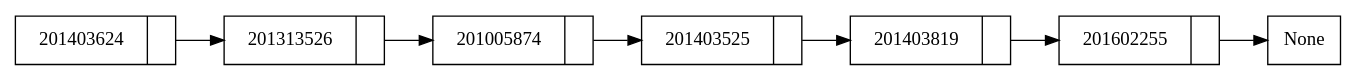
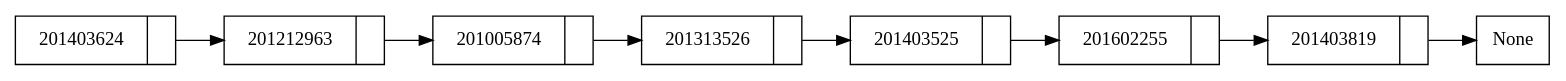
The diagram in Vista/Pre-Order.gv (jmansilla-2014056/EDD_P3_Blockchain-Simulador-Client), drawn with Graphviz before and after one commit. The commit also changed 11 other files, not shown here.

```diff
--- a/Vista/Pre-Order.gv
+++ b/Vista/Pre-Order.gv
@@ -1,16 +1,18 @@
 digraph structs {
 	node [shape=record]
 	rankdir=LR
-	<Modelos.LinkedList.node object at 0x03B4ADF0> [label="{201403624|}"]
-	<Modelos.LinkedList.node object at 0x03B540D0> [label="{201313526|}"]
-	<Modelos.LinkedList.node object at 0x03B5D350> [label="{201005874|}"]
-	<Modelos.LinkedList.node object at 0x03B5D370> [label="{201403525|}"]
-	<Modelos.LinkedList.node object at 0x03B5D3B0> [label="{201403819|}"]
-	<Modelos.LinkedList.node object at 0x03B5D410> [label="{201602255|}"]
-	<Modelos.LinkedList.node object at 0x03B4ADF0> -> <Modelos.LinkedList.node object at 0x03B540D0>
-	<Modelos.LinkedList.node object at 0x03B540D0> -> <Modelos.LinkedList.node object at 0x03B5D350>
-	<Modelos.LinkedList.node object at 0x03B5D350> -> <Modelos.LinkedList.node object at 0x03B5D370>
-	<Modelos.LinkedList.node object at 0x03B5D370> -> <Modelos.LinkedList.node object at 0x03B5D3B0>
-	<Modelos.LinkedList.node object at 0x03B5D3B0> -> <Modelos.LinkedList.node object at 0x03B5D410>
-	<Modelos.LinkedList.node object at 0x03B5D410> -> None
+	<Modelos.LinkedList.node object at 0x03DC43F0> [label="{201403624|}"]
+	<Modelos.LinkedList.node object at 0x03D4DCD0> [label="{201212963|}"]
+	<Modelos.LinkedList.node object at 0x03DCBC10> [label="{201005874|}"]
+	<Modelos.LinkedList.node object at 0x03DCBC30> [label="{201313526|}"]
+	<Modelos.LinkedList.node object at 0x03DCBC50> [label="{201403525|}"]
+	<Modelos.LinkedList.node object at 0x03DCB890> [label="{201602255|}"]
+	<Modelos.LinkedList.node object at 0x03DD02D0> [label="{201403819|}"]
+	<Modelos.LinkedList.node object at 0x03DC43F0> -> <Modelos.LinkedList.node object at 0x03D4DCD0>
+	<Modelos.LinkedList.node object at 0x03D4DCD0> -> <Modelos.LinkedList.node object at 0x03DCBC10>
+	<Modelos.LinkedList.node object at 0x03DCBC10> -> <Modelos.LinkedList.node object at 0x03DCBC30>
+	<Modelos.LinkedList.node object at 0x03DCBC30> -> <Modelos.LinkedList.node object at 0x03DCBC50>
+	<Modelos.LinkedList.node object at 0x03DCBC50> -> <Modelos.LinkedList.node object at 0x03DCB890>
+	<Modelos.LinkedList.node object at 0x03DCB890> -> <Modelos.LinkedList.node object at 0x03DD02D0>
+	<Modelos.LinkedList.node object at 0x03DD02D0> -> None
 }
```
